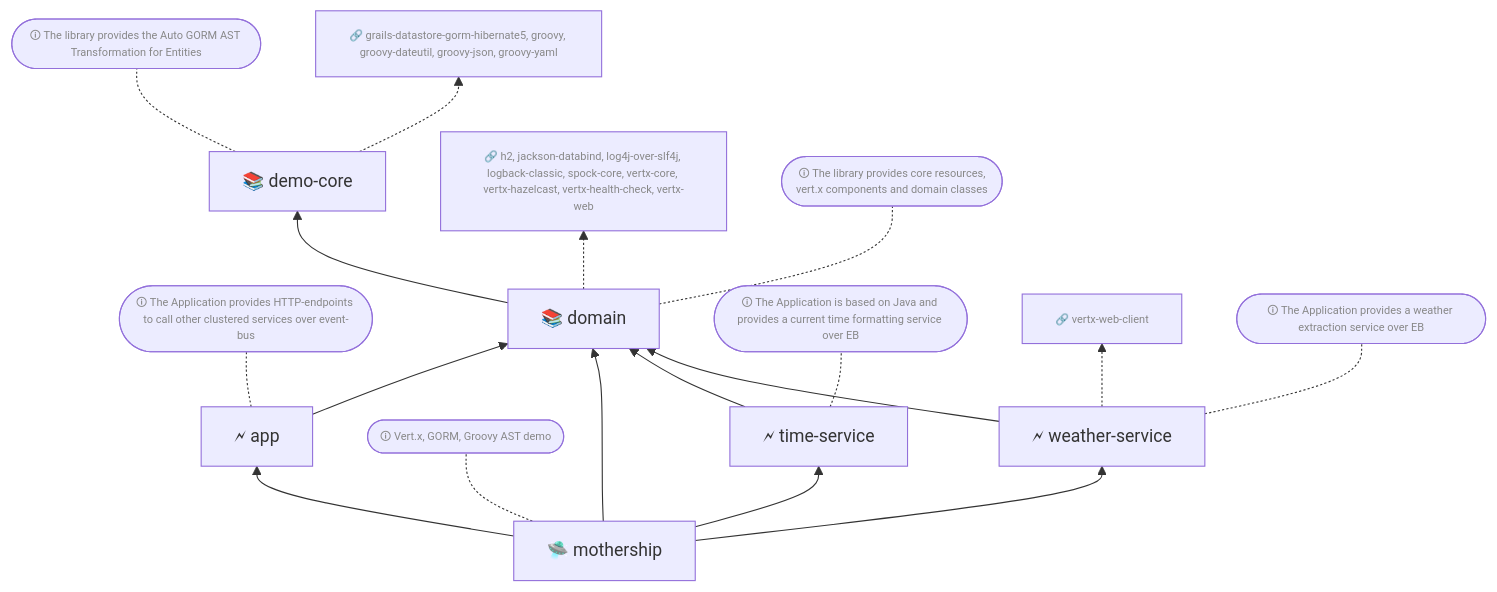
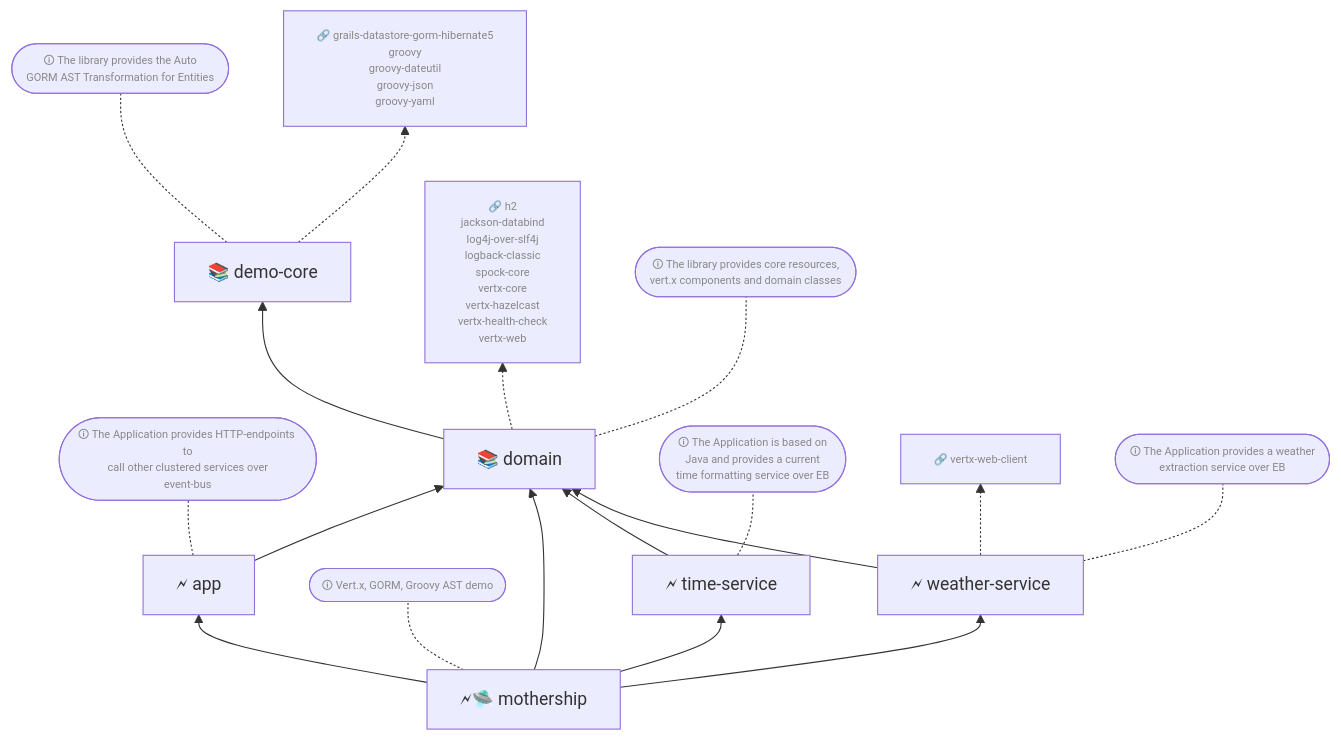
One commit to injecteer/vx-demo changed the diagram in README.md. Above: the diagram before and after it, drawn with Mermaid.

Commit message:
no message

````diff
--- a/README.md
+++ b/README.md
@@ -3,36 +3,36 @@
 ```mermaid
 flowchart BT
-	classDef ext font-size:x-small, color:#888
-	app-info(["`🛈 The Application provides HTTP-endpoints to call other clustered services over event-bus`"]):::ext
-	app["🗲 app"]
-	demo-core-ext["`🔗 grails-datastore-gorm-hibernate5, groovy, groovy-dateutil, groovy-json, groovy-yaml`"]:::ext
-	demo-core-info(["`🛈 The library provides the Auto GORM AST Transformation for Entities`"]):::ext
-	demo-core["📚 demo-core"]
-	domain-ext["`🔗 h2, jackson-databind, log4j-over-slf4j, logback-classic, spock-core, vertx-core, vertx-hazelcast, vertx-health-check, vertx-web`"]:::ext
-	domain-info(["`🛈 The library provides core resources,<br>vert.x components and domain classes`"]):::ext
-	domain["📚 domain"]
-	mothership-info(["`🛈 Vert.x, GORM, Groovy AST demo`"]):::ext
-	mothership["🛸 mothership"]
-	time-service-info(["`🛈 The Application is based on Java and provides a current time formatting service over EB`"]):::ext
-	time-service["🗲 time-service"]
-	weather-service-ext["`🔗 vertx-web-client`"]:::ext
-	weather-service-info(["`🛈 The Application provides a weather extraction service over EB`"]):::ext
-	weather-service["🗲 weather-service"]
-	app -.- app-info
-	app --> domain
-	demo-core -.- demo-core-info
-	demo-core .-> demo-core-ext
-	domain -.- domain-info
-	domain --> demo-core
-	domain .-> domain-ext
-	mothership -.- mothership-info
-	mothership --> domain
-	mothership --> app
-	mothership --> time-service
-	mothership --> weather-service
-	time-service -.- time-service-info
-	time-service --> domain
-	weather-service -.- weather-service-info
-	weather-service --> domain
-	weather-service .-> weather-service-ext
+  classDef ext font-size:x-small, color:#888, max-width:24em
+  app-info(["🛈 The Application provides HTTP-endpoints to<br>call other clustered services over<br>event-bus"]):::ext
+  app["🗲 app"]
+  demo-core-ext["🔗 grails-datastore-gorm-hibernate5<br>groovy<br>groovy-dateutil<br>groovy-json<br>groovy-yaml"]:::ext
+  demo-core-info(["🛈 The library provides the Auto<br>GORM AST Transformation for Entities"]):::ext
+  demo-core["📚 demo-core"]
+  domain-ext["🔗 h2<br>jackson-databind<br>log4j-over-slf4j<br>logback-classic<br>spock-core<br>vertx-core<br>vertx-hazelcast<br>vertx-health-check<br>vertx-web"]:::ext
+  domain-info(["🛈 The library provides core resources,<br>vert.x components and domain classes"]):::ext
+  domain["📚 domain"]
+  mothership-info(["🛈 Vert.x, GORM, Groovy AST demo"]):::ext
+  mothership["🗲🛸 mothership"]
+  time-service-info(["🛈 The Application is based on<br>Java and provides a current<br>time formatting service over EB"]):::ext
+  time-service["🗲 time-service"]
+  weather-service-ext["🔗 vertx-web-client"]:::ext
+  weather-service-info(["🛈 The Application provides a weather<br>extraction service over EB"]):::ext
+  weather-service["🗲 weather-service"]
+  app -.- app-info
+  app --> domain
+  demo-core -.- demo-core-info
+  demo-core .-> demo-core-ext
+  domain -.- domain-info
+  domain --> demo-core
+  domain .-> domain-ext
+  mothership -.- mothership-info
+  mothership --> domain
+  mothership --> app
+  mothership --> time-service
+  mothership --> weather-service
+  time-service -.- time-service-info
+  time-service --> domain
+  weather-service -.- weather-service-info
+  weather-service --> domain
+  weather-service .-> weather-service-ext
 ```
````
